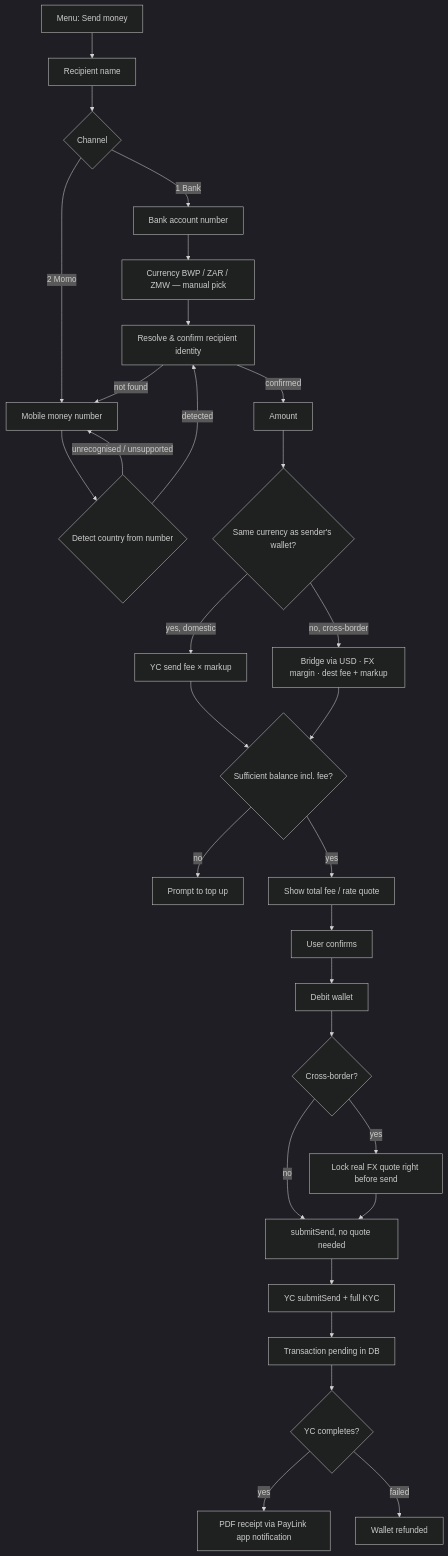
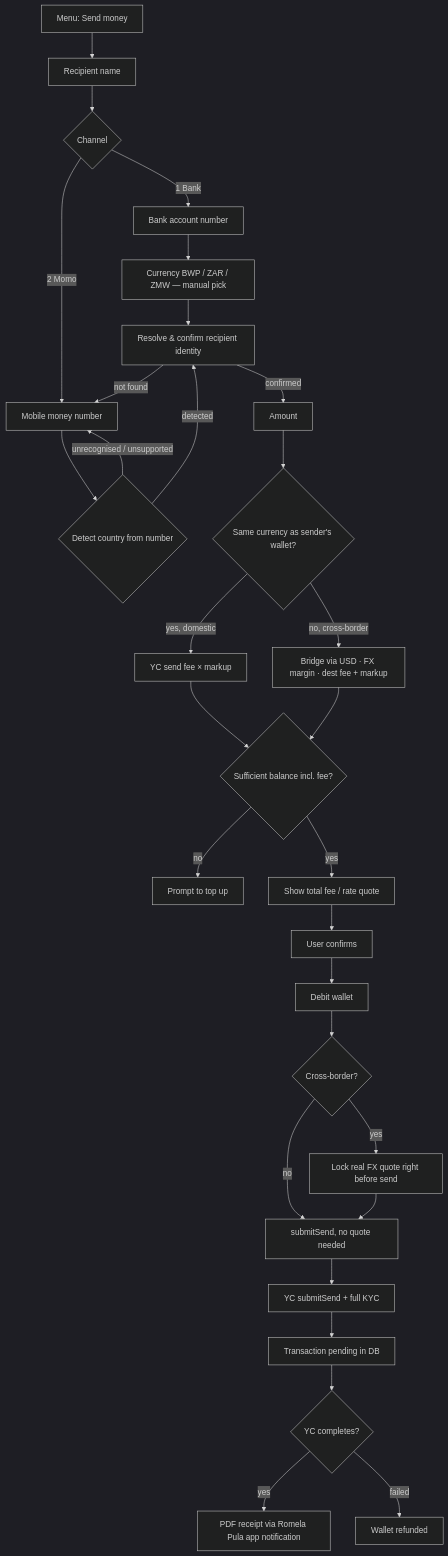
One commit to Brusselsmara/whatsapp-bot-automated changed the third of 4 diagrams in README.md. Above: the diagram before and after it, drawn with Mermaid (dark theme). The commit also changed other lines of this file and 47 other files, not shown here.

First line of the commit message:
Rebrand PayLink to Romela Pula across bot, PWA, admin, and docs.

````diff
--- a/README.md
+++ b/README.md
@@ -327,32 +327,32 @@
 ```mermaid
 flowchart TD
     A[Menu: Send money] --> B[Recipient name]
     B --> C{Channel}
     C -->|1 Bank| D[Bank account number]
     C -->|2 Momo| E[Mobile money number]
     D --> F[Currency BWP / ZAR / ZMW — manual pick]
     E --> G{Detect country from number}
     G -->|unrecognised / unsupported| E
     G -->|detected| H2[Resolve & confirm recipient identity]
     F --> H2
     H2 -->|not found| E
     H2 -->|confirmed| H[Amount]
     H --> I{Same currency as sender's wallet?}
     I -->|yes, domestic| J[YC send fee × markup]
     I -->|no, cross-border| K[Bridge via USD · FX margin · dest fee + markup]
     J --> L{Sufficient balance incl. fee?}
     K --> L
     L -->|no| M[Prompt to top up]
     L -->|yes| N[Show total fee / rate quote]
     N --> O[User confirms]
     O --> P[Debit wallet]
     P --> Q{Cross-border?}
     Q -->|yes| R[Lock real FX quote right before send]
     Q -->|no| S[submitSend, no quote needed]
     R --> S
     S --> T[YC submitSend + full KYC]
     T --> V[Transaction pending in DB]
     V --> W{YC completes?}
-    W -->|yes| X[PDF receipt via PayLink app notification]
+    W -->|yes| X[PDF receipt via Romela Pula app notification]
     W -->|failed| Y[Wallet refunded]
 ```
````
